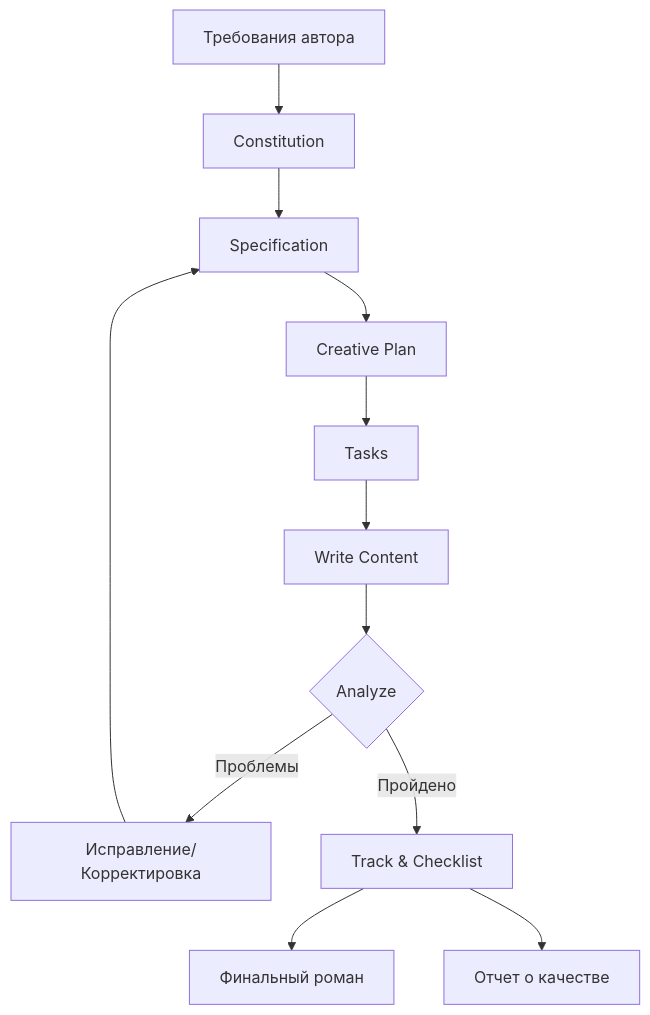
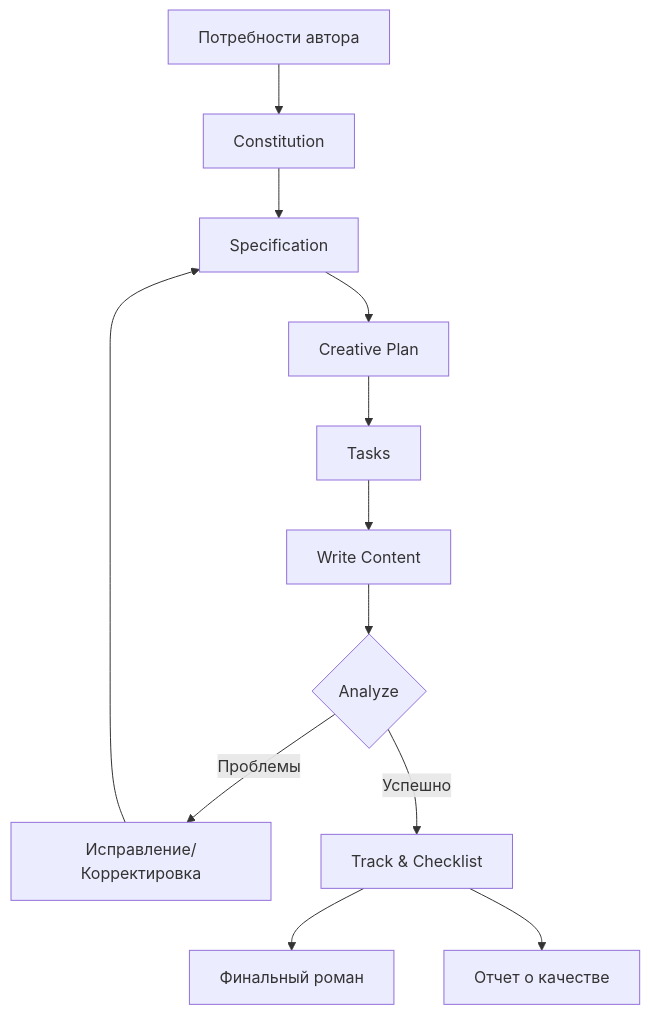
Before and after one commit to jakerdy/novel-writer-ru: the diagram in docs/tech/architecture.md, drawn with Mermaid. The commit also changed other lines of this file and 397 other files, not shown here.

````diff
--- a/docs/tech/architecture.md
+++ b/docs/tech/architecture.md
@@ -199,14 +199,14 @@
 ```mermaid
 graph TD
-    A[Требования автора] --> B[Constitution]
+    A[Потребности автора] --> B[Constitution]
     B --> C[Specification]
     C --> D[Creative Plan]
     D --> E[Tasks]
     E --> F[Write Content]
     F --> G{Analyze}
     G -->|Проблемы| H[Исправление/Корректировка]
     H --> C
-    G -->|Пройдено| I[Track & Checklist]
+    G -->|Успешно| I[Track & Checklist]
     I --> J[Финальный роман]
     I --> K[Отчет о качестве]
 ```
````
